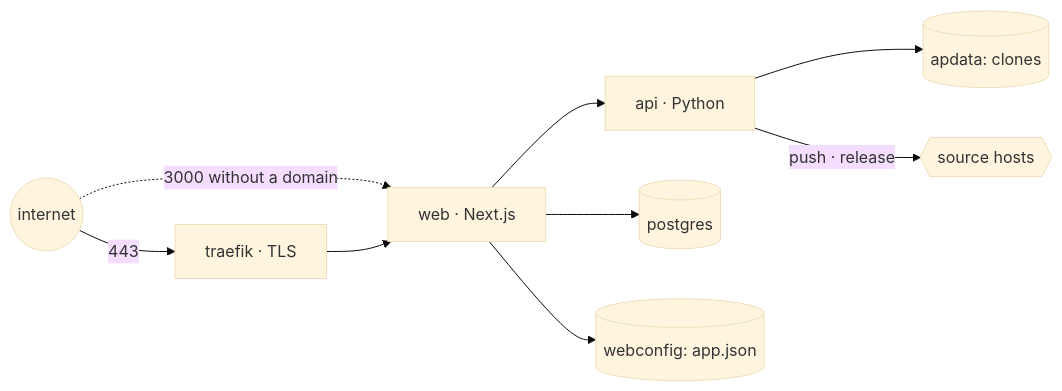
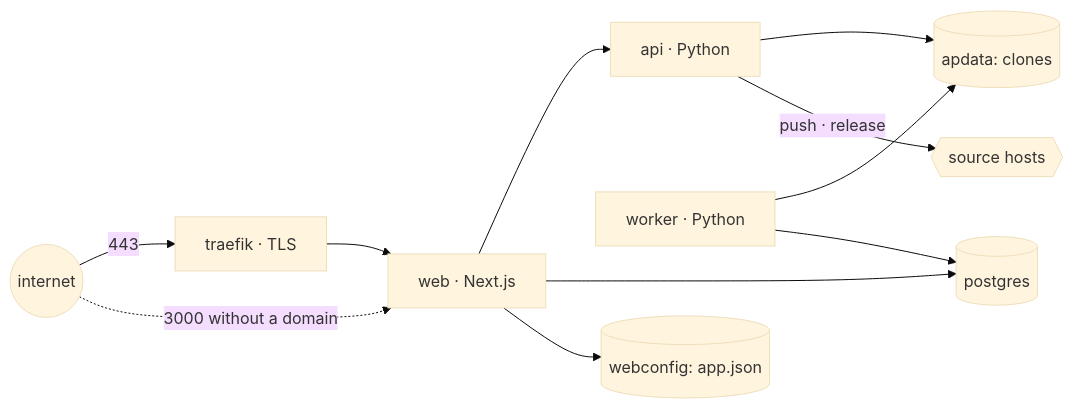
Before and after one commit to actionplatform/action-platform: the diagram in docs/start_self_hosting.md, drawn with Mermaid (base theme). The commit also changed other lines of this file and 3 other files, not shown here.

````diff
--- a/docs/start_self_hosting.md
+++ b/docs/start_self_hosting.md
@@ -50,11 +50,13 @@
 ```mermaid
 flowchart LR
     I((internet)) -->|443| T[traefik · TLS]
     I -.->|3000 without a domain| W
     T --> W[web · Next.js]
     W --> A[api · Python]
     W --> P[(postgres)]
     A --> D[(apdata: clones)]
+    K[worker · Python] --> D
+    K --> P
     W --> C[(webconfig: app.json)]
     A -->|"push · release"| G{{source hosts}}
 ```
````
